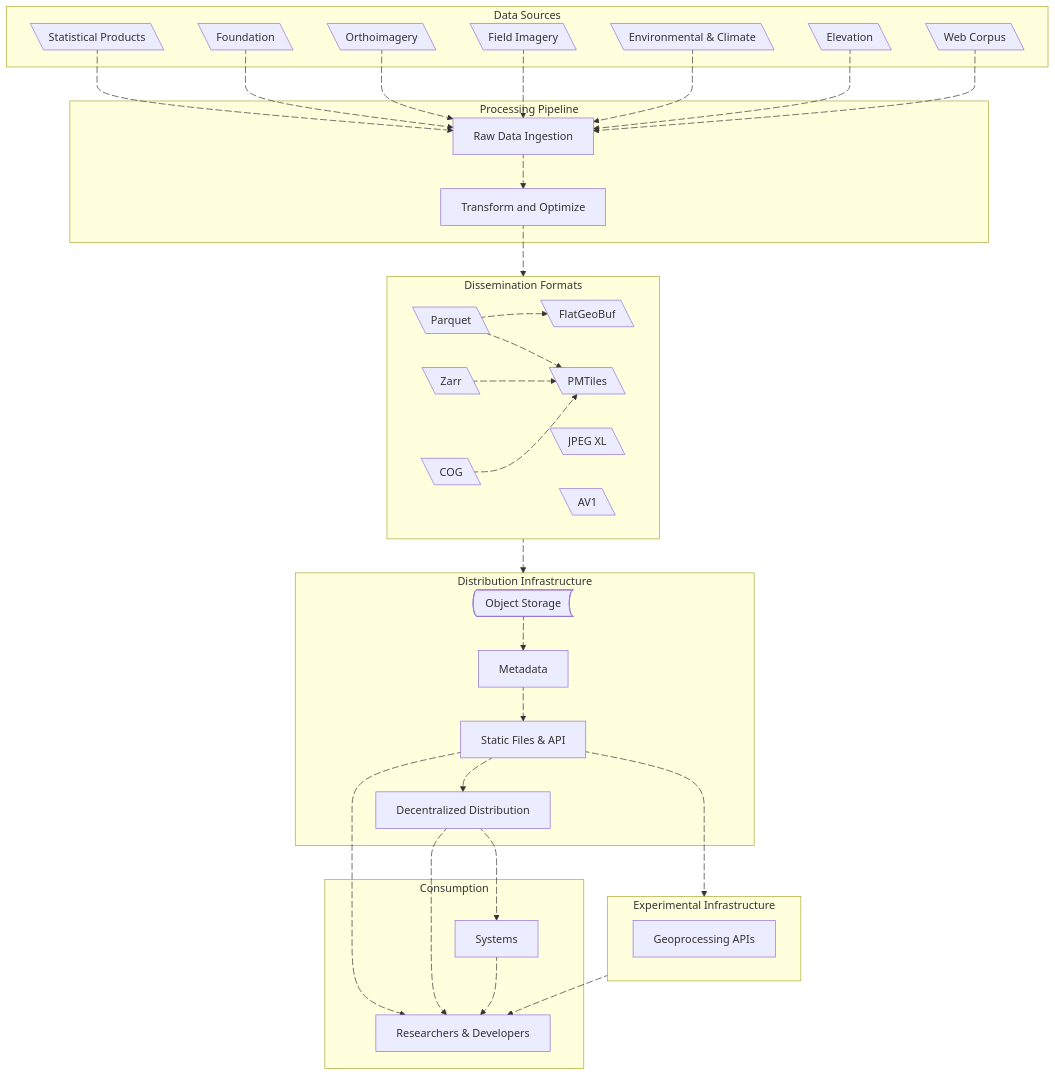
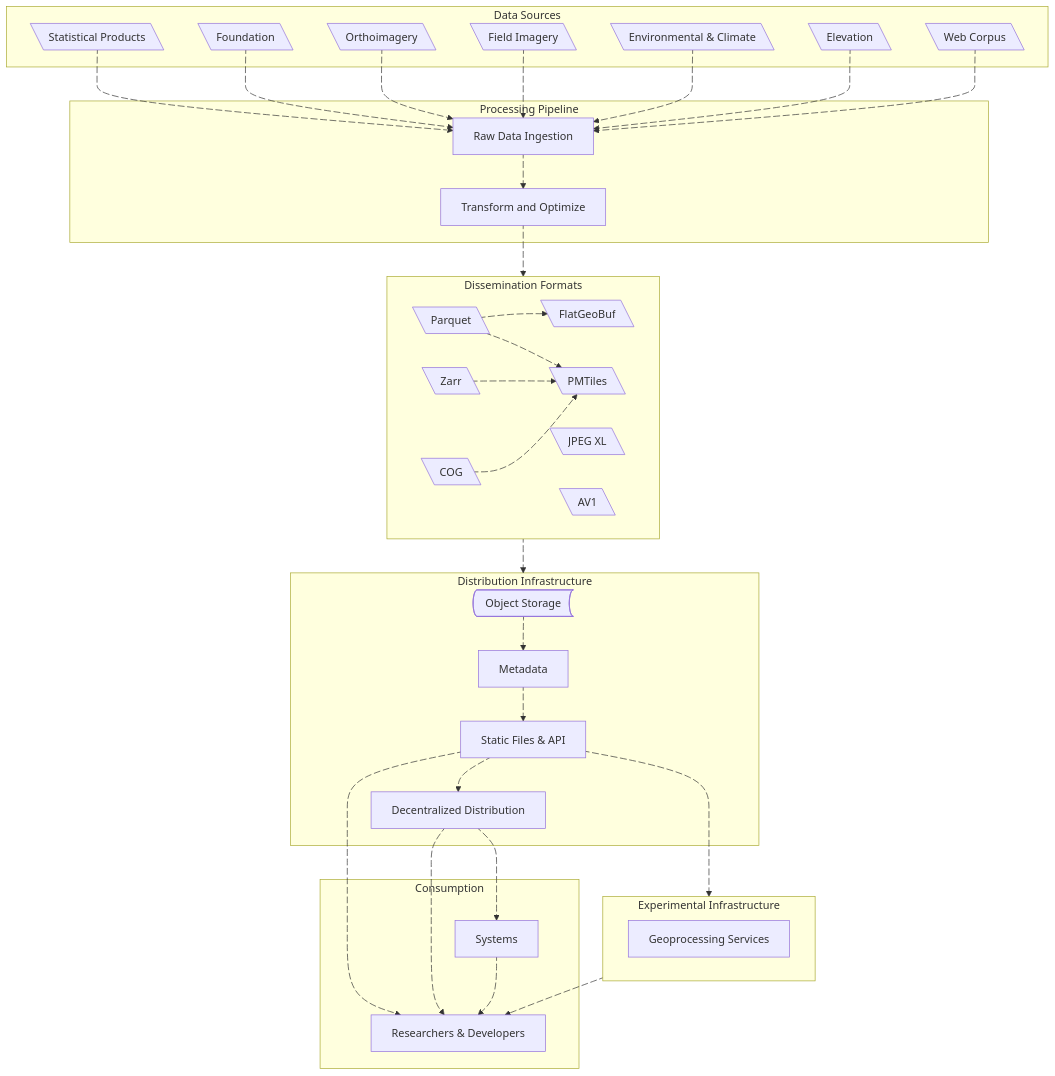
Before and after one commit to dataforcanada/.github: the diagram in profile/README.md, drawn with Mermaid.

```diff
--- a/profile/README.md
+++ b/profile/README.md
@@ -57,7 +57,7 @@
     end
 
     subgraph ei [Experimental Infrastructure]
-        GeoProcessingAPIs@{ shape: rect, label: "Geoprocessing APIs"}
+        GeoProcessingAPIs@{ shape: rect, label: "Geoprocessing Services"}
         %%Martin@{ shape: rect}
         %%GeoServer@{ shape: rect}
         %%ZOOProject@{ shape: rect, label: "ZOO-Project"}
```
